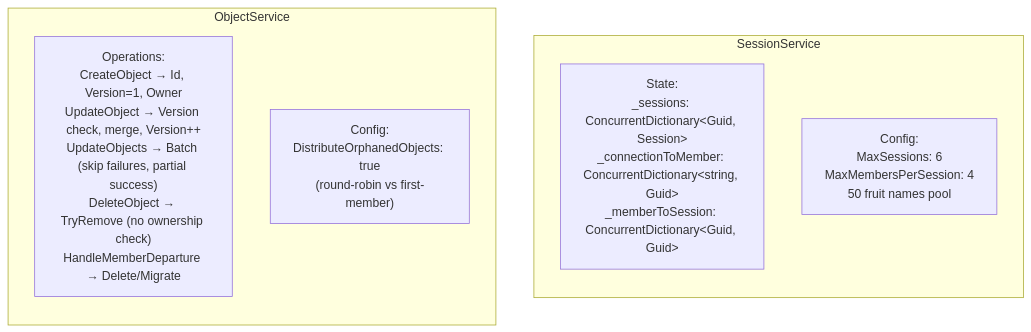
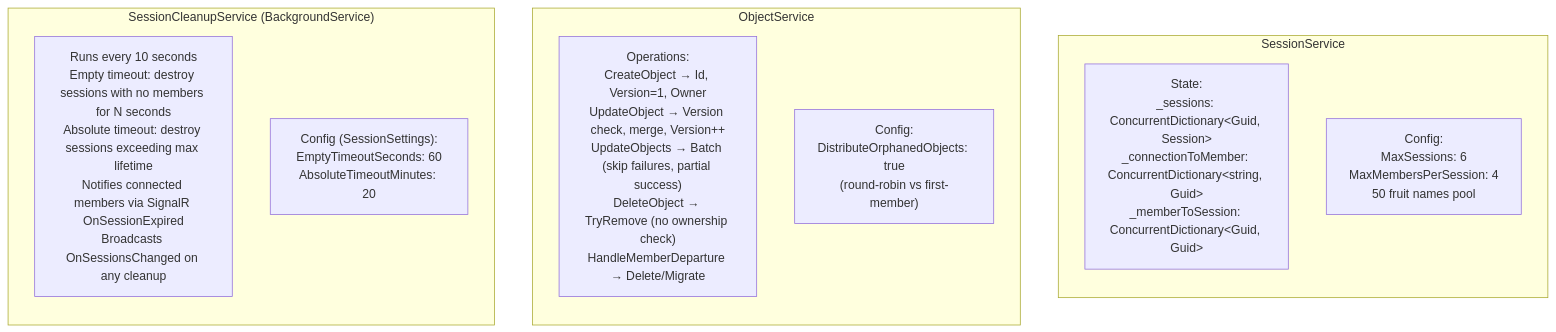
One commit to badvoidstar/asteroids changed the third of 32 diagrams in ARCHITECTURE.md. Above: the diagram before and after it, drawn with Mermaid. The commit also changed other lines of this file, not shown here.

First line of the commit message:
docs: update ARCHITECTURE.md to reflect current codebase state

````diff
--- a/ARCHITECTURE.md
+++ b/ARCHITECTURE.md
@@ -75,14 +85,20 @@
 ```mermaid
 graph TB
     subgraph "SessionService"
         direction TB
         SS_DICT["State:<br/>_sessions: ConcurrentDictionary&lt;Guid, Session&gt;<br/>_connectionToMember: ConcurrentDictionary&lt;string, Guid&gt;<br/>_memberToSession: ConcurrentDictionary&lt;Guid, Guid&gt;"]
         SS_CFG["Config:<br/>MaxSessions: 6<br/>MaxMembersPerSession: 4<br/>50 fruit names pool"]
     end
 
     subgraph "ObjectService"
         direction TB
         OS_OPS["Operations:<br/>CreateObject → Id, Version=1, Owner<br/>UpdateObject → Version check, merge, Version++<br/>UpdateObjects → Batch (skip failures, partial success)<br/>DeleteObject → TryRemove (no ownership check)<br/>HandleMemberDeparture → Delete/Migrate"]
         OS_CFG["Config:<br/>DistributeOrphanedObjects: true<br/>(round-robin vs first-member)"]
     end
+
+    subgraph "SessionCleanupService (BackgroundService)"
+        direction TB
+        SCS_OPS["Runs every 10 seconds<br/>Empty timeout: destroy sessions with no members for N seconds<br/>Absolute timeout: destroy sessions exceeding max lifetime<br/>Notifies connected members via SignalR OnSessionExpired<br/>Broadcasts OnSessionsChanged on any cleanup"]
+        SCS_CFG["Config (SessionSettings):<br/>EmptyTimeoutSeconds: 60<br/>AbsoluteTimeoutMinutes: 20"]
+    end
 ```
````
